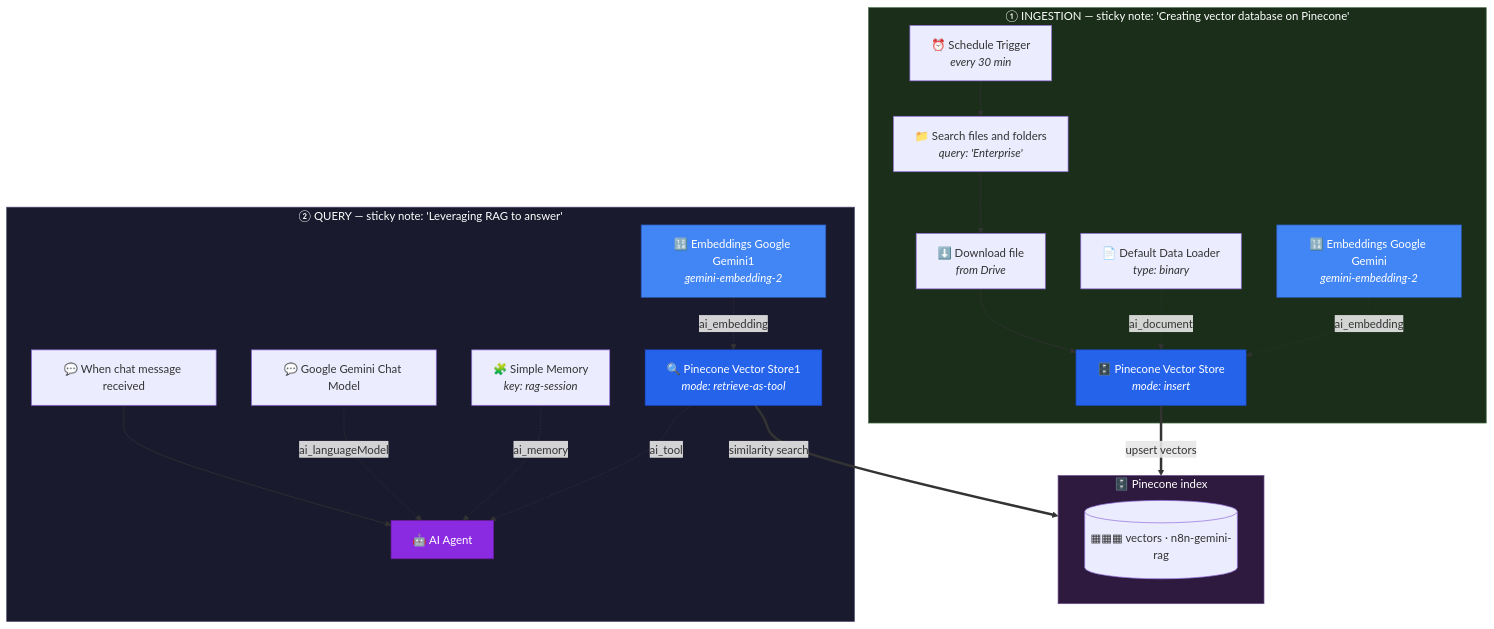
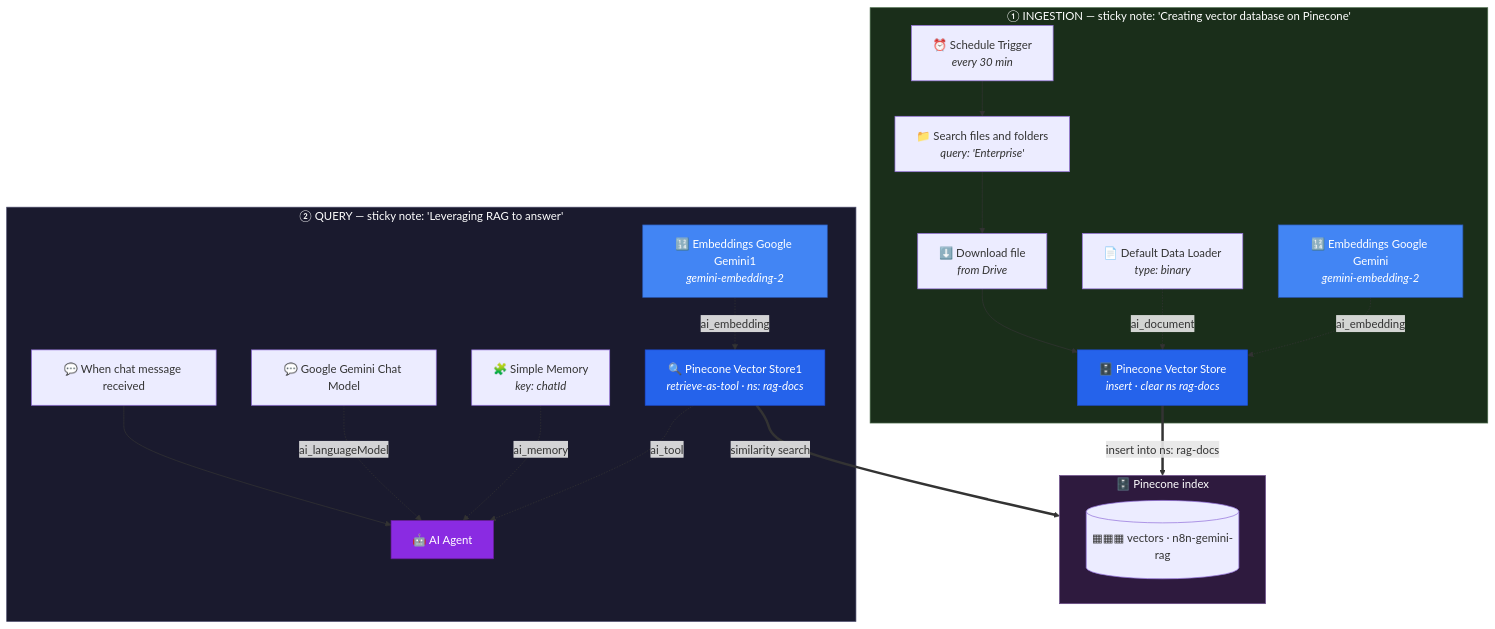
The diagram in README.md (Gursimaran21/NextLeap-RAG-Implementation-Pinecone-Vector-DB-Gemini-Embeddings-05-October-2026), drawn with Mermaid before and after one commit. The commit also changed other lines of this file and 1 other file, not shown here.

First line of the commit message:
fix: repair hardcoded fileId, duplicate accumulation, shared memory key, and mismatched tool description

````diff
--- a/README.md
+++ b/README.md
@@ -53,34 +53,34 @@
 ```mermaid
 flowchart TB
     subgraph ING["① INGESTION — sticky note: 'Creating vector database on Pinecone'"]
         ST["⏰ Schedule Trigger<br/><i>every 30 min</i>"] --> SF["📁 Search files and folders<br/><i>query: 'Enterprise'</i>"]
         SF --> DF["⬇️ Download file<br/><i>from Drive</i>"]
-        DF --> PV["🗄️ Pinecone Vector Store<br/><i>mode: insert</i>"]
+        DF --> PV["🗄️ Pinecone Vector Store<br/><i>insert · clear ns rag-docs</i>"]
         DL["📄 Default Data Loader<br/><i>type: binary</i>"] -.->|"ai_document"| PV
         EM["🔢 Embeddings Google Gemini<br/><i>gemini-embedding-2</i>"] -.->|"ai_embedding"| PV
     end
 
     subgraph PINE["🗄️ Pinecone index"]
         VECS[("▦▦▦ vectors · n8n-gemini-rag")]
     end
 
     subgraph QRY["② QUERY — sticky note: 'Leveraging RAG to answer'"]
         CT["💬 When chat message received"] --> AG["🤖 AI Agent"]
         GL["💬 Google Gemini Chat Model"] -.->|"ai_languageModel"| AG
-        SM["🧩 Simple Memory<br/><i>key: rag-session</i>"] -.->|"ai_memory"| AG
-        RT["🔍 Pinecone Vector Store1<br/><i>mode: retrieve-as-tool</i>"] -.->|"ai_tool"| AG
+        SM["🧩 Simple Memory<br/><i>key: chatId</i>"] -.->|"ai_memory"| AG
+        RT["🔍 Pinecone Vector Store1<br/><i>retrieve-as-tool · ns: rag-docs</i>"] -.->|"ai_tool"| AG
         EM2["🔢 Embeddings Google Gemini1<br/><i>gemini-embedding-2</i>"] -.->|"ai_embedding"| RT
     end
 
-    PV ==>|"upsert vectors"| PINE
+    PV ==>|"insert into ns: rag-docs"| PINE
     RT ==>|"similarity search"| PINE
 
     style ING fill:#1a2e1a,color:#fff,stroke:#4a6a4a
     style QRY fill:#1a1a2e,color:#fff,stroke:#4a4a6a
     style PINE fill:#2e1a3e,color:#fff,stroke:#6a4a8a
     style PV fill:#2563EB,color:#fff,stroke:#1d4ed8
     style RT fill:#2563EB,color:#fff,stroke:#1d4ed8
     style AG fill:#8A2BE2,color:#fff,stroke:#6a1b9a
     style EM fill:#4285F4,color:#fff,stroke:#2a56b0
     style EM2 fill:#4285F4,color:#fff,stroke:#2a56b0
 ```
````
